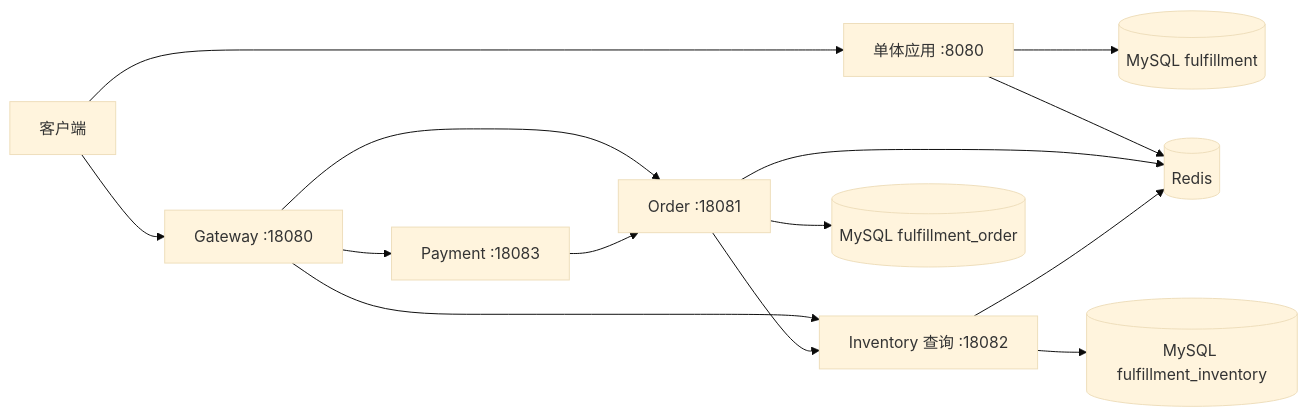
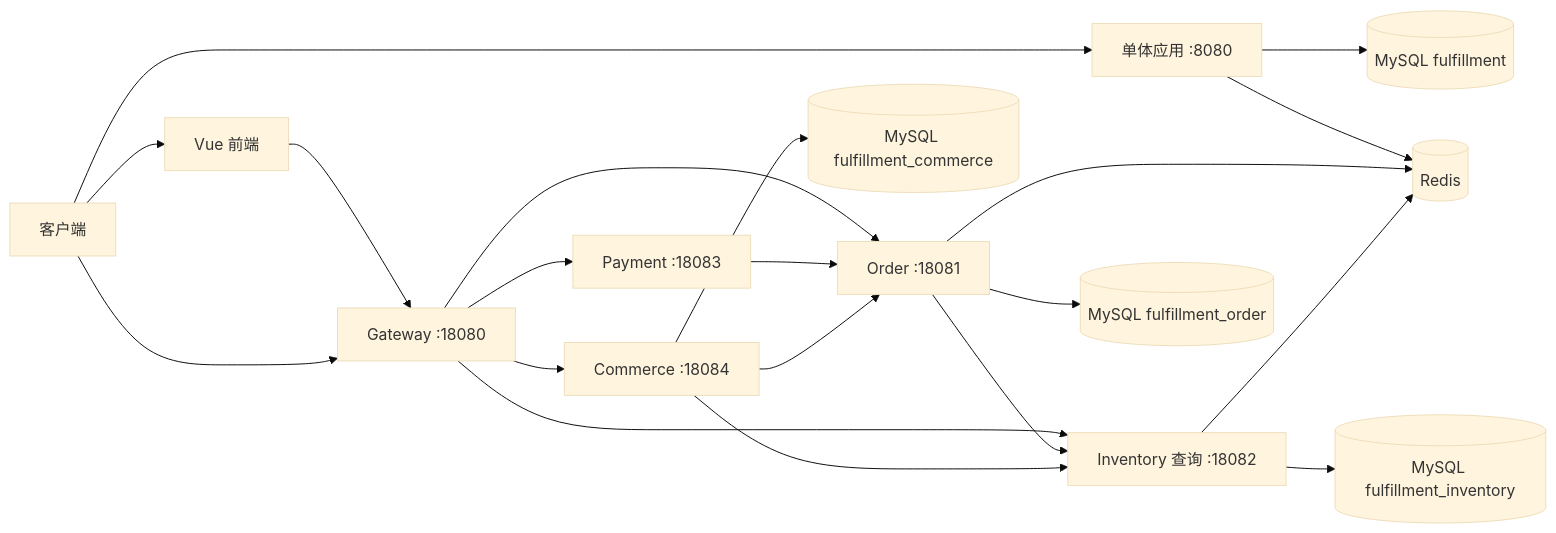
One commit to whynot0206/fulfillment-service changed the diagram in docs/project-function-boundary.md. Above: the diagram before and after it, drawn with Mermaid (base theme). The commit also changed other lines of this file and 119 other files, not shown here.

````diff
--- a/docs/project-function-boundary.md
+++ b/docs/project-function-boundary.md
@@ -8,17 +8,23 @@
 ```mermaid
 flowchart LR
     C[客户端] --> M[单体应用 :8080]
     M --> DB[(MySQL fulfillment)]
     M --> R[(Redis)]
 
-    C --> G[Gateway :18080]
+    C --> F[Vue 前端]
+    F --> G[Gateway :18080]
+    C --> G
+    G --> CO[Commerce :18084]
     G --> O[Order :18081]
     G --> P[Payment :18083]
     G --> I[Inventory 查询 :18082]
     P --> O
     O --> I
     O --> ODB[(MySQL fulfillment_order)]
     I --> IDB[(MySQL fulfillment_inventory)]
     O --> R[(Redis)]
     I --> R
+    CO --> CDB[(MySQL fulfillment_commerce)]
+    CO --> O
+    CO --> I
 ```
````
